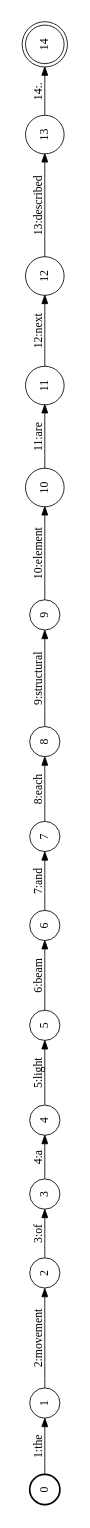
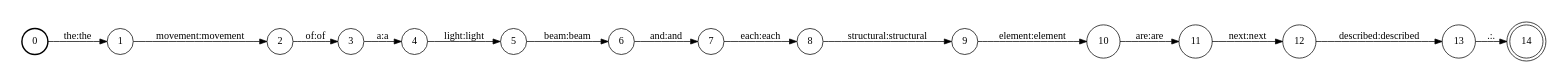
The diagram in out/task1/dev.en.7.dot (pepijnkokke/UvA-MT2-PBT), drawn with Graphviz before and after one commit. The commit also changed 74 other files, not shown here.

```diff
--- a/out/task1/dev.en.7.dot
+++ b/out/task1/dev.en.7.dot
@@ -1,38 +1,38 @@
 digraph FST {
 rankdir = LR;
 size = "8.5,11";
 label = "";
 center = 1;
-orientation = Landscape;
+orientation = Portrait;
 ranksep = "0.4";
 nodesep = "0.25";
 0 [label = "0", shape = circle, style = bold, fontsize = 14]
-	0 -> 1 [label = "1:the", fontsize = 14];
+	0 -> 1 [label = "the:the", fontsize = 14];
 1 [label = "1", shape = circle, style = solid, fontsize = 14]
-	1 -> 2 [label = "2:movement", fontsize = 14];
+	1 -> 2 [label = "movement:movement", fontsize = 14];
 2 [label = "2", shape = circle, style = solid, fontsize = 14]
-	2 -> 3 [label = "3:of", fontsize = 14];
+	2 -> 3 [label = "of:of", fontsize = 14];
 3 [label = "3", shape = circle, style = solid, fontsize = 14]
-	3 -> 4 [label = "4:a", fontsize = 14];
+	3 -> 4 [label = "a:a", fontsize = 14];
 4 [label = "4", shape = circle, style = solid, fontsize = 14]
-	4 -> 5 [label = "5:light", fontsize = 14];
+	4 -> 5 [label = "light:light", fontsize = 14];
 5 [label = "5", shape = circle, style = solid, fontsize = 14]
-	5 -> 6 [label = "6:beam", fontsize = 14];
+	5 -> 6 [label = "beam:beam", fontsize = 14];
 6 [label = "6", shape = circle, style = solid, fontsize = 14]
-	6 -> 7 [label = "7:and", fontsize = 14];
+	6 -> 7 [label = "and:and", fontsize = 14];
 7 [label = "7", shape = circle, style = solid, fontsize = 14]
-	7 -> 8 [label = "8:each", fontsize = 14];
+	7 -> 8 [label = "each:each", fontsize = 14];
 8 [label = "8", shape = circle, style = solid, fontsize = 14]
-	8 -> 9 [label = "9:structural", fontsize = 14];
+	8 -> 9 [label = "structural:structural", fontsize = 14];
 9 [label = "9", shape = circle, style = solid, fontsize = 14]
-	9 -> 10 [label = "10:element", fontsize = 14];
+	9 -> 10 [label = "element:element", fontsize = 14];
 10 [label = "10", shape = circle, style = solid, fontsize = 14]
-	10 -> 11 [label = "11:are", fontsize = 14];
+	10 -> 11 [label = "are:are", fontsize = 14];
 11 [label = "11", shape = circle, style = solid, fontsize = 14]
-	11 -> 12 [label = "12:next", fontsize = 14];
+	11 -> 12 [label = "next:next", fontsize = 14];
 12 [label = "12", shape = circle, style = solid, fontsize = 14]
-	12 -> 13 [label = "13:described", fontsize = 14];
+	12 -> 13 [label = "described:described", fontsize = 14];
 13 [label = "13", shape = circle, style = solid, fontsize = 14]
-	13 -> 14 [label = "14:.", fontsize = 14];
+	13 -> 14 [label = ".:.", fontsize = 14];
 14 [label = "14", shape = doublecircle, style = solid, fontsize = 14]
 }
```
